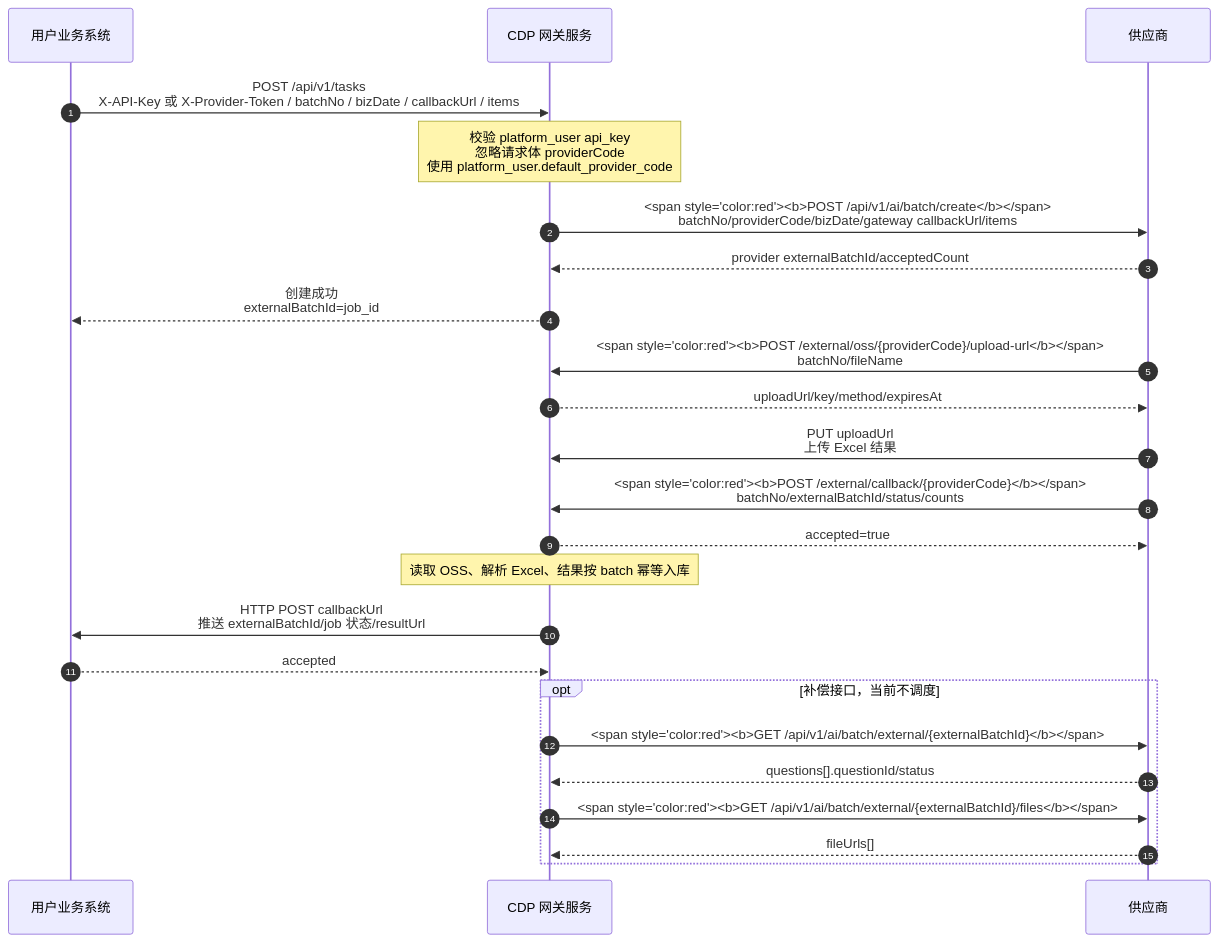
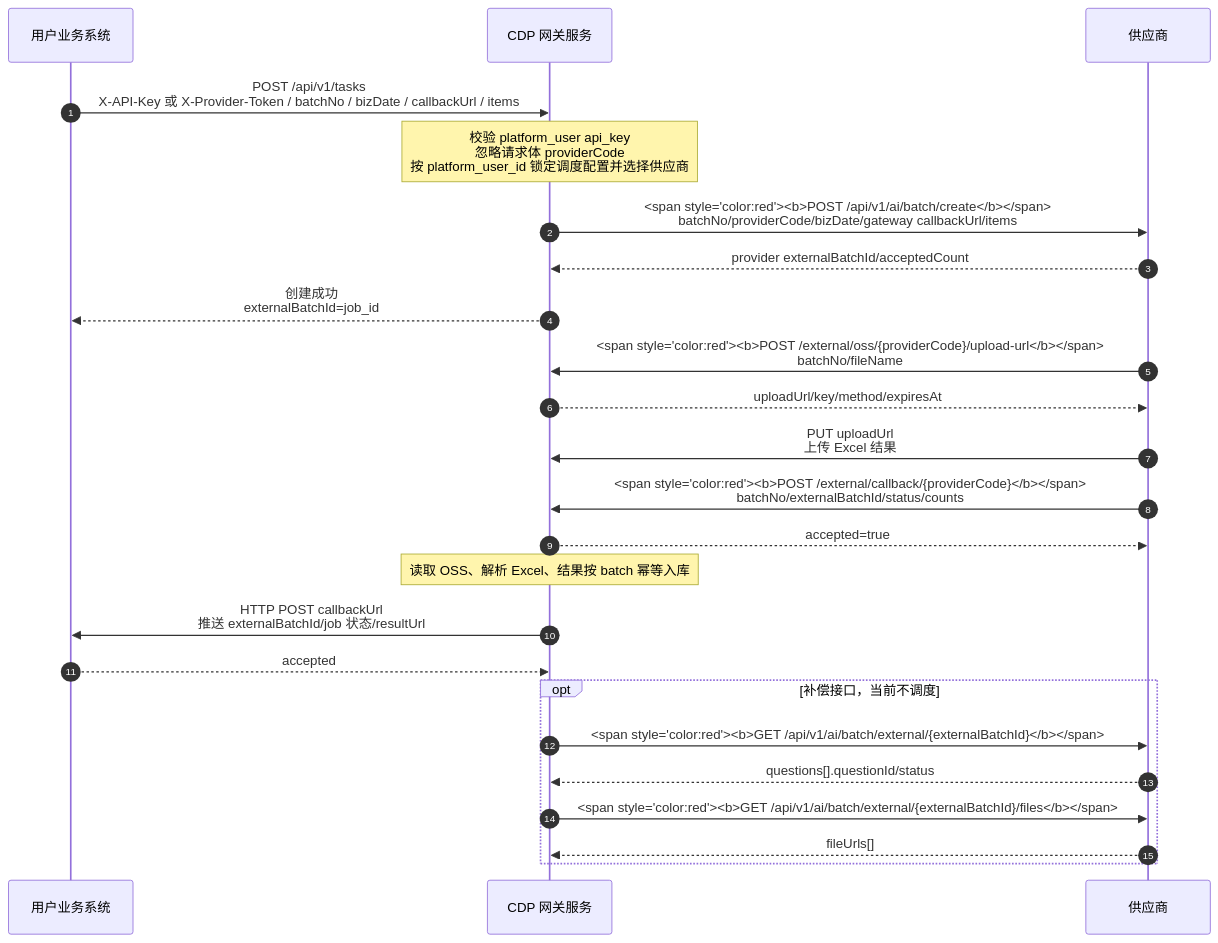
One commit to markzhang90/cdp-router changed the diagram in docs/gateway-architecture.md. Above: the diagram before and after it, drawn with Mermaid. The commit also changed other lines of this file and 21 other files, not shown here.

````diff
--- a/docs/gateway-architecture.md
+++ b/docs/gateway-architecture.md
@@ -721,33 +740,33 @@
 ```mermaid
 sequenceDiagram
     autonumber
     participant User as 用户业务系统
     participant Gateway as CDP 网关服务
     participant Provider as 供应商
 
     User->>Gateway: POST /api/v1/tasks<br/>X-API-Key 或 X-Provider-Token / batchNo / bizDate / callbackUrl / items
-    Note over Gateway: 校验 platform_user api_key<br/>忽略请求体 providerCode<br/>使用 platform_user.default_provider_code
+    Note over Gateway: 校验 platform_user api_key<br/>忽略请求体 providerCode<br/>按 platform_user_id 锁定调度配置并选择供应商
 
     Gateway->>Provider: <span style="color:red"><b>POST /api/v1/ai/batch/create</b></span><br/>batchNo/providerCode/bizDate/gateway callbackUrl/items
     Provider-->>Gateway: provider externalBatchId/acceptedCount
     Gateway-->>User: 创建成功<br/>externalBatchId=job_id
 
     Provider->>Gateway: <span style="color:red"><b>POST /external/oss/{providerCode}/upload-url</b></span><br/>batchNo/fileName
     Gateway-->>Provider: uploadUrl/key/method/expiresAt
 
     Provider->>Gateway: PUT uploadUrl<br/>上传 Excel 结果
     Provider->>Gateway: <span style="color:red"><b>POST /external/callback/{providerCode}</b></span><br/>batchNo/externalBatchId/status/counts
     Gateway-->>Provider: accepted=true
 
     Note over Gateway: 读取 OSS、解析 Excel、结果按 batch 幂等入库
 
     Gateway->>User: HTTP POST callbackUrl<br/>推送 externalBatchId/job 状态/resultUrl
     User-->>Gateway: accepted
 
     opt 补偿接口，当前不调度
         Gateway->>Provider: <span style="color:red"><b>GET /api/v1/ai/batch/external/{externalBatchId}</b></span>
         Provider-->>Gateway: questions[].questionId/status
         Gateway->>Provider: <span style="color:red"><b>GET /api/v1/ai/batch/external/{externalBatchId}/files</b></span>
         Provider-->>Gateway: fileUrls[]
     end
 ```
````
